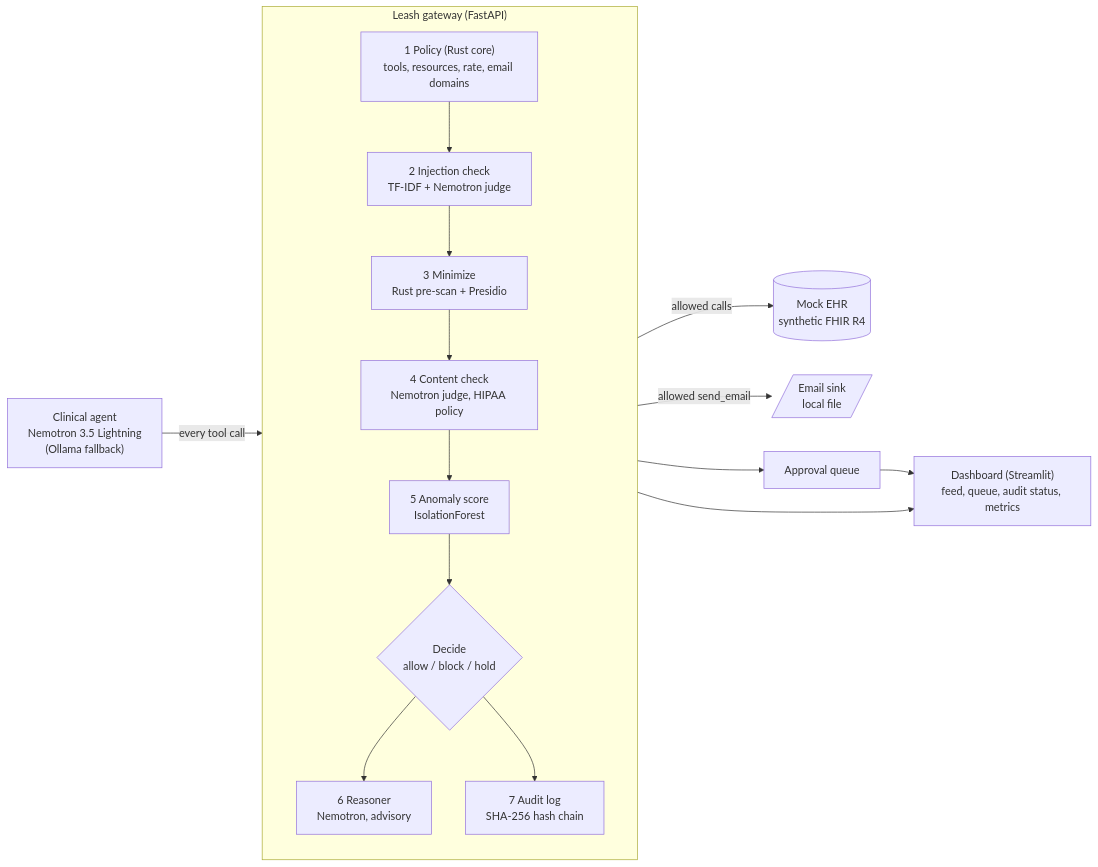
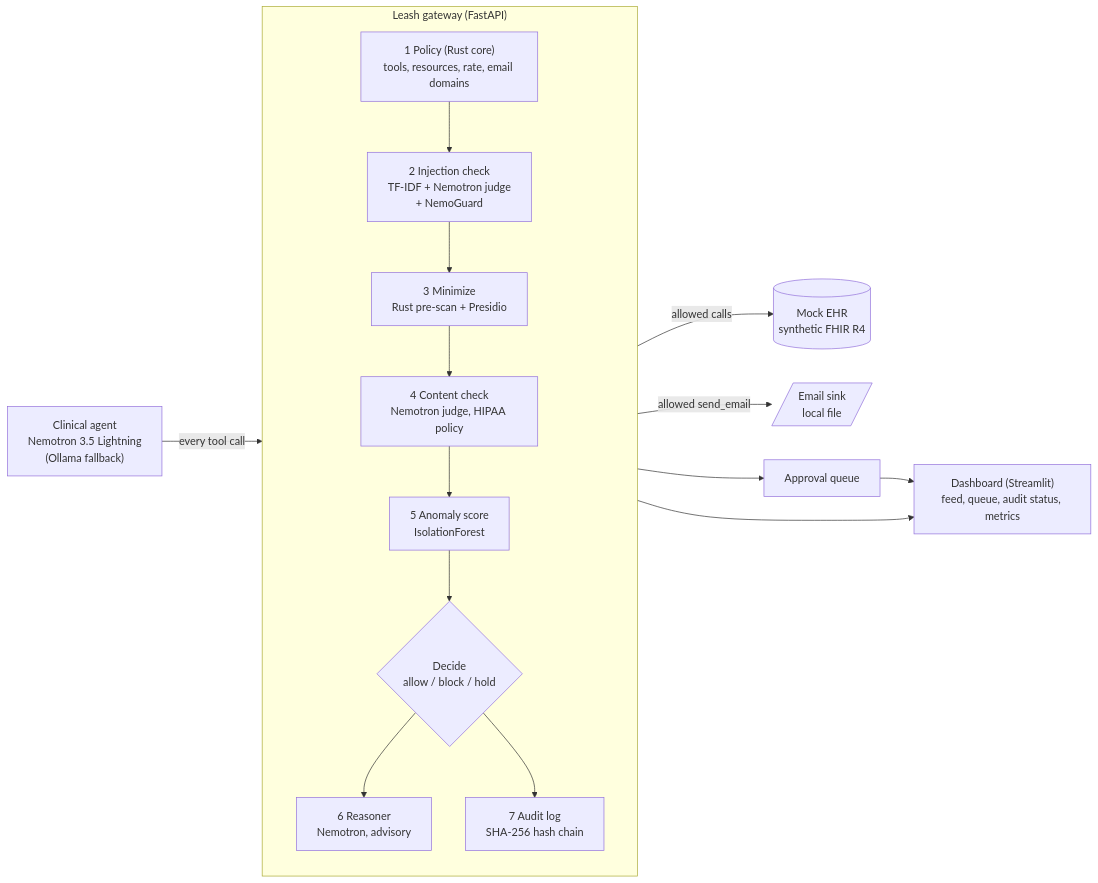
One commit to rojo20000/leash changed the diagram in README.md. Above: the diagram before and after it, drawn with Mermaid. The commit also changed other lines of this file and 15 other files, not shown here.

Commit message:
N21: docs, five-round tables, dashboard and screenshots for NemoGuard JailbreakDetect; Clinic Assistant scope logged as blocked

````diff
--- a/README.md
+++ b/README.md
@@ -29,19 +29,19 @@
 ```mermaid
 flowchart LR
     A["Clinical agent<br/>Nemotron 3.5 Lightning<br/>(Ollama fallback)"] -->|every tool call| G
     subgraph G["Leash gateway (FastAPI)"]
         direction TB
-        P["1 Policy (Rust core)<br/>tools, resources, rate, email domains"] --> I["2 Injection check<br/>TF-IDF + Nemotron judge"]
+        P["1 Policy (Rust core)<br/>tools, resources, rate, email domains"] --> I["2 Injection check<br/>TF-IDF + Nemotron judge<br/>+ NemoGuard"]
         I --> M["3 Minimize<br/>Rust pre-scan + Presidio"]
         M --> C["4 Content check<br/>Nemotron judge, HIPAA policy"]
         C --> N["5 Anomaly score<br/>IsolationForest"]
         N --> D{"Decide<br/>allow / block / hold"}
         D --> R["6 Reasoner<br/>Nemotron, advisory"]
         D --> L["7 Audit log<br/>SHA-256 hash chain"]
     end
     G -->|allowed calls| E[("Mock EHR<br/>synthetic FHIR R4")]
     G -->|allowed send_email| S[/"Email sink<br/>local file"/]
     G --> Q["Approval queue"]
     Q --> DB["Dashboard (Streamlit)<br/>feed, queue, audit status, metrics"]
     L --> DB
 ```
````
